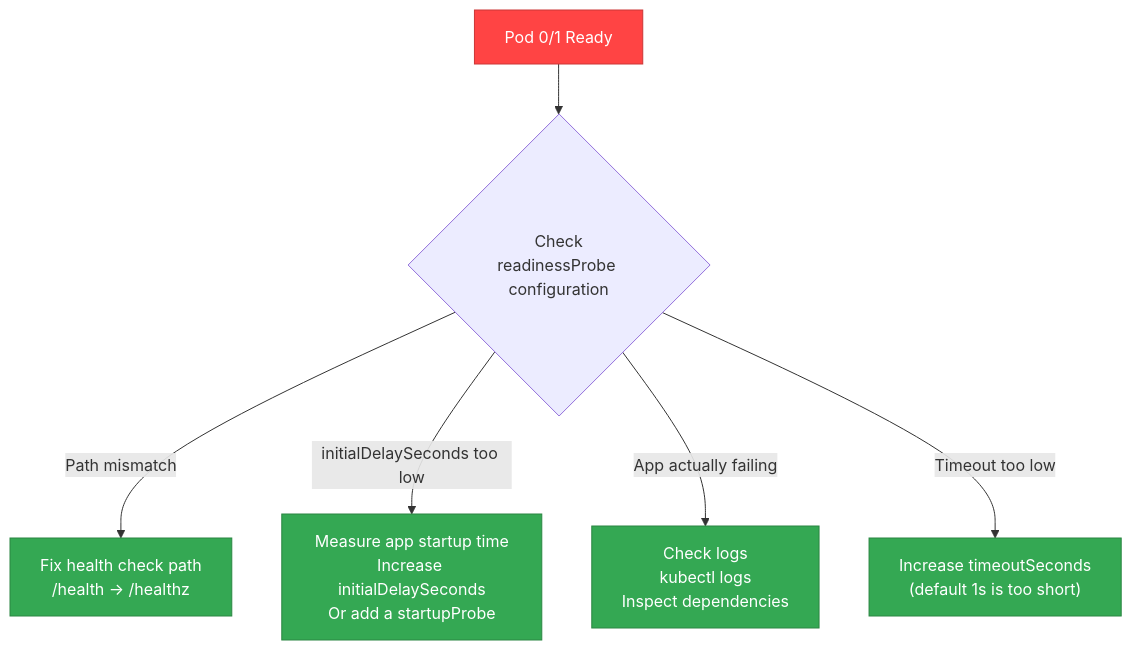
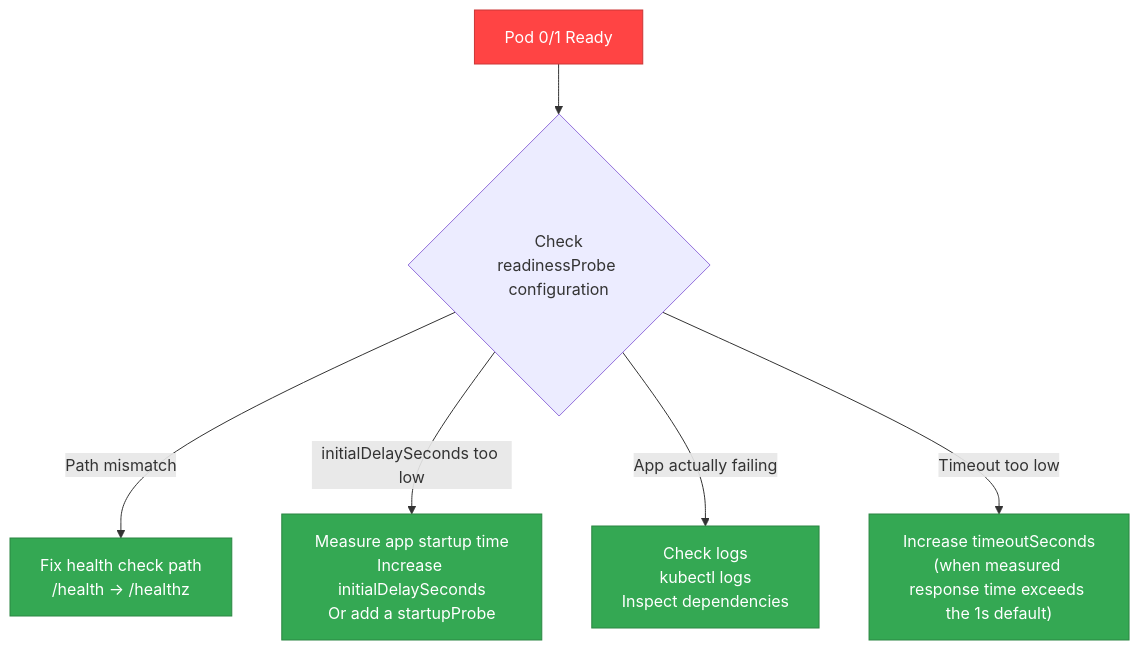
Before and after one commit to devfloor9/engineering-playbook: the second of 3 diagrams in docs/eks-best-practices/operations-reliability/eks-debugging/workload.md, drawn with Mermaid. The commit also changed other lines of this file and 17 other files, not shown here.

````diff
--- a/docs/eks-best-practices/operations-reliability/eks-debugging/workload.md
+++ b/docs/eks-best-practices/operations-reliability/eks-debugging/workload.md
@@ -150,25 +150,25 @@
 ```mermaid
 flowchart TD
     NOTREADY["`Pod 0/1 Ready`"] --> CHECK_PROBE{"`Check
     readinessProbe configuration`"}
 
     CHECK_PROBE -->|Path mismatch| FIX_PATH["`Fix health check path
     /health → /healthz`"]
 
     CHECK_PROBE -->|initialDelaySeconds too low| FIX_DELAY["`Measure app startup time
     Increase initialDelaySeconds
     Or add a startupProbe`"]
 
     CHECK_PROBE -->|App actually failing| FIX_APP["`Check logs
     kubectl logs <pod>
     Inspect dependencies`"]
 
     CHECK_PROBE -->|Timeout too low| FIX_TIMEOUT["`Increase timeoutSeconds
-    (default 1s is too short)`"]
+    (when measured response time exceeds the 1s default)`"]
 
     style NOTREADY fill:#ff4444,stroke:#cc3636,color:#fff
     style FIX_PATH fill:#34a853,stroke:#2a8642,color:#fff
     style FIX_DELAY fill:#34a853,stroke:#2a8642,color:#fff
     style FIX_APP fill:#34a853,stroke:#2a8642,color:#fff
     style FIX_TIMEOUT fill:#34a853,stroke:#2a8642,color:#fff
 ```
````
